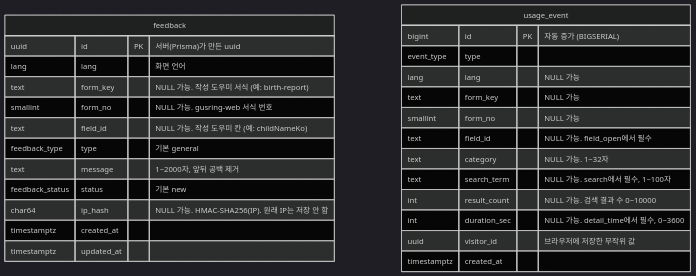
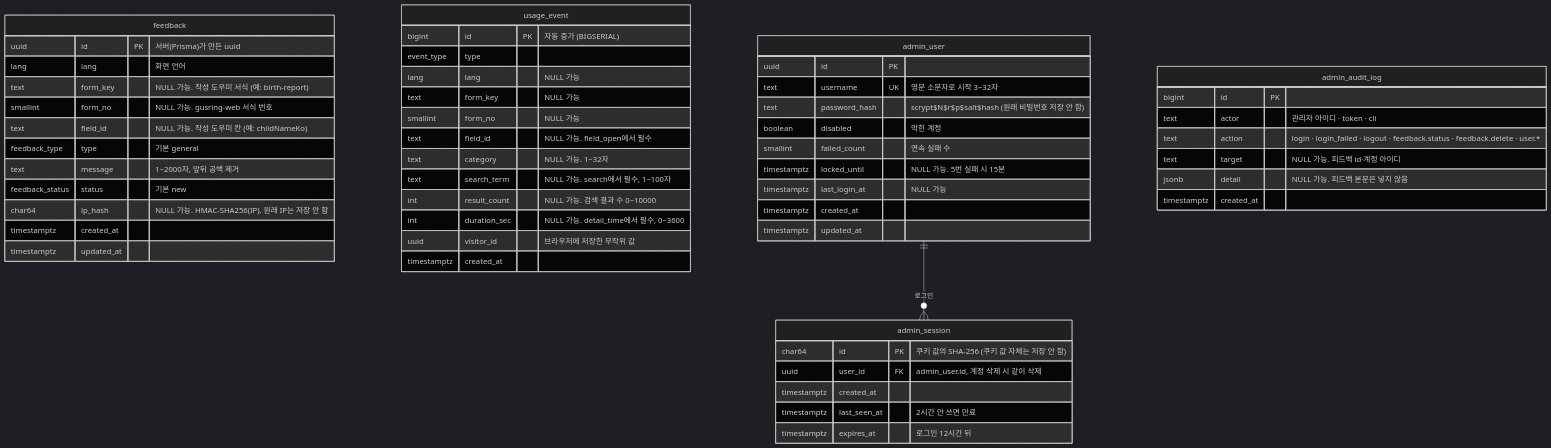
The diagram in docs/erd.md (gusring/gusring-server), drawn with Mermaid (dark theme) before and after one commit. The commit also changed other lines of this file and 6 other files, not shown here.

Commit message:
docs(auth): 관리자 로그인·계정 명령·ERD 문서

````diff
--- a/docs/erd.md
+++ b/docs/erd.md
@@ -10,31 +11,59 @@
 ```mermaid
 erDiagram
     feedback {
         uuid        id          PK "서버(Prisma)가 만든 uuid"
         lang        lang           "화면 언어"
         text        form_key       "NULL 가능. 작성 도우미 서식 (예: birth-report)"
         smallint    form_no        "NULL 가능. gusring-web 서식 번호"
         text        field_id       "NULL 가능. 작성 도우미 칸 (예: childNameKo)"
         feedback_type type         "기본 general"
         text        message        "1~2000자, 앞뒤 공백 제거"
         feedback_status status     "기본 new"
         char64      ip_hash        "NULL 가능. HMAC-SHA256(IP). 원래 IP는 저장 안 함"
         timestamptz created_at
         timestamptz updated_at
     }
 
     usage_event {
         bigint      id          PK "자동 증가 (BIGSERIAL)"
         event_type  type
         lang        lang           "NULL 가능"
         text        form_key       "NULL 가능"
         smallint    form_no        "NULL 가능"
         text        field_id       "NULL 가능. field_open에서 필수"
         text        category       "NULL 가능. 1~32자"
         text        search_term    "NULL 가능. search에서 필수, 1~100자"
         int         result_count   "NULL 가능. 검색 결과 수 0~10000"
         int         duration_sec   "NULL 가능. detail_time에서 필수, 0~3600"
         uuid        visitor_id     "브라우저에 저장한 무작위 값"
         timestamptz created_at
     }
+
+    admin_user ||--o{ admin_session : "로그인"
+    admin_user {
+        uuid        id            PK
+        text        username      UK "영문 소문자로 시작 3~32자"
+        text        password_hash    "scrypt$N$r$p$salt$hash (원래 비밀번호 저장 안 함)"
+        boolean     disabled         "막힌 계정"
+        smallint    failed_count     "연속 실패 수"
+        timestamptz locked_until     "NULL 가능. 5번 실패 시 15분"
+        timestamptz last_login_at    "NULL 가능"
+        timestamptz created_at
+        timestamptz updated_at
+    }
+    admin_session {
+        char64      id            PK "쿠키 값의 SHA-256 (쿠키 값 자체는 저장 안 함)"
+        uuid        user_id       FK "admin_user.id, 계정 삭제 시 같이 삭제"
+        timestamptz created_at
+        timestamptz last_seen_at     "2시간 안 쓰면 만료"
+        timestamptz expires_at       "로그인 12시간 뒤"
+    }
+    admin_audit_log {
+        bigint      id            PK
+        text        actor            "관리자 아이디 · token · cli"
+        text        action           "login · login_failed · logout · feedback.status · feedback.delete · user.*"
+        text        target           "NULL 가능. 피드백 id·계정 아이디"
+        jsonb       detail           "NULL 가능. 피드백 본문은 넣지 않음"
+        timestamptz created_at
+    }
 ```
````
